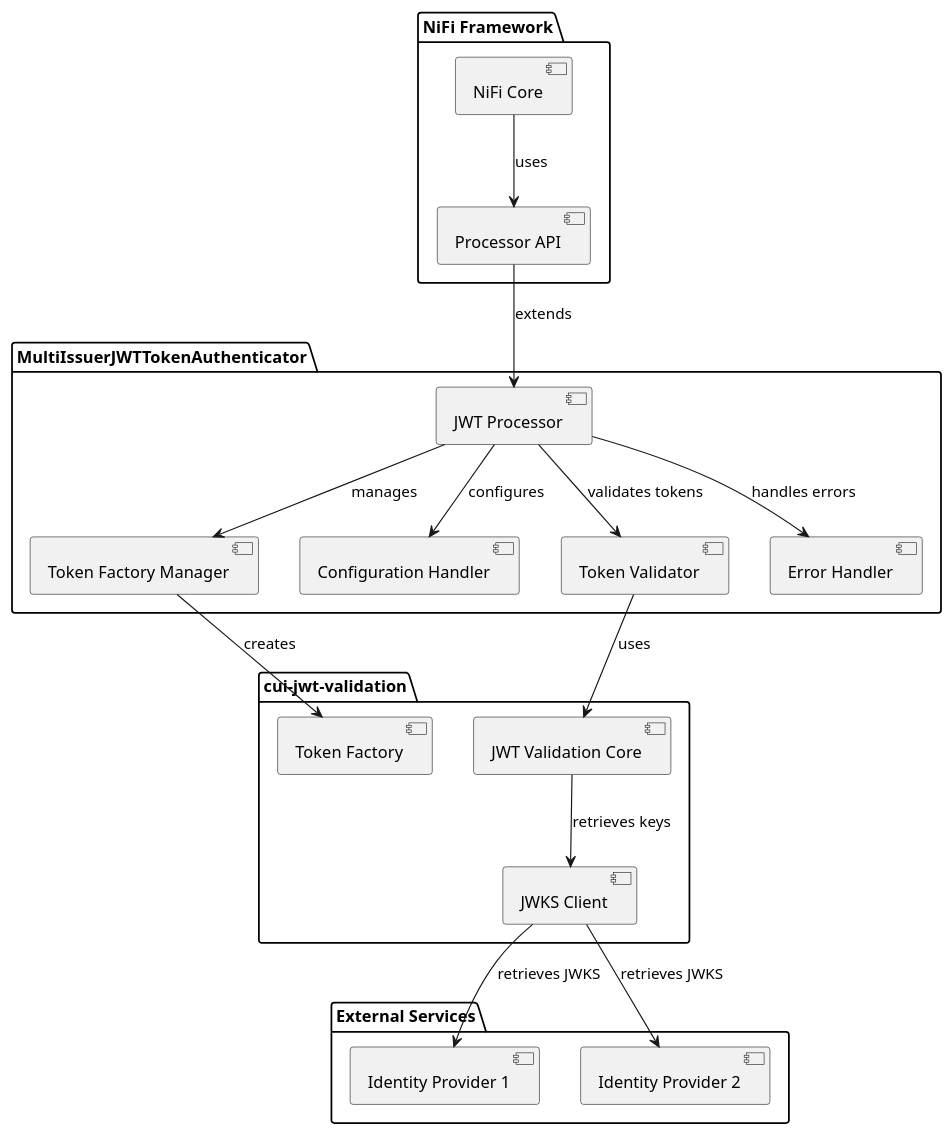
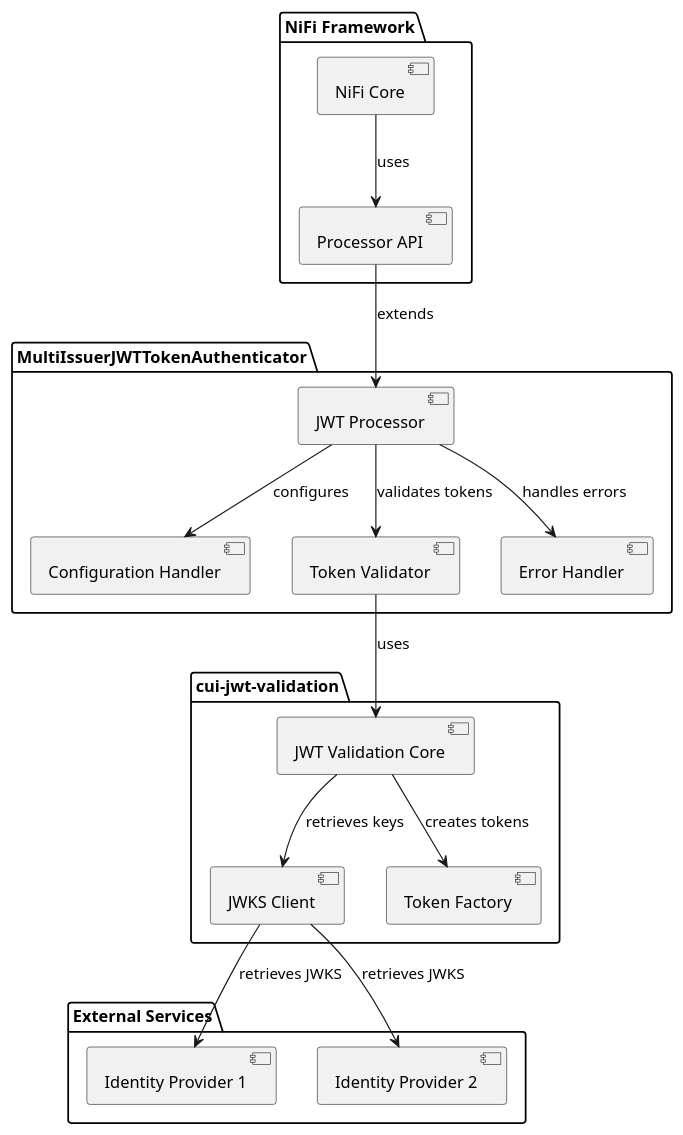
One commit to cuioss/nifi-extensions changed the diagram in doc/plantuml/architecture.puml. Above: the diagram before and after it, drawn with PlantUML. The commit also changed 4 other files, not shown here.

```diff
--- a/doc/plantuml/architecture.puml
+++ b/doc/plantuml/architecture.puml
@@ -1,40 +1,38 @@
 @startuml
 package "NiFi Framework" {
   [NiFi Core] as NiFiCore
   [Processor API] as ProcessorAPI
 }
 
 package "MultiIssuerJWTTokenAuthenticator" {
   [JWT Processor] as JWTProcessor
-  [Token Factory Manager] as TokenManager
   [Configuration Handler] as ConfigHandler
   [Token Validator] as TokenValidator
   [Error Handler] as ErrorHandler
 }
 
 package "cui-jwt-validation" {
   [JWT Validation Core] as ValidationCore
   [JWKS Client] as JWKSClient
   [Token Factory] as TokenFactory
 }
 
 package "External Services" {
   [Identity Provider 1] as IDP1
   [Identity Provider 2] as IDP2
 }
 
 NiFiCore --> ProcessorAPI : uses
 ProcessorAPI --> JWTProcessor : extends
 
 JWTProcessor --> ConfigHandler : configures
-JWTProcessor --> TokenManager : manages
+JWTProcessor --> TokenValidator : validates tokens
 JWTProcessor --> ErrorHandler : handles errors
-JWTProcessor --> TokenValidator : validates tokens
 
-TokenManager --> TokenFactory : creates
 TokenValidator --> ValidationCore : uses
 ValidationCore --> JWKSClient : retrieves keys
+ValidationCore --> TokenFactory : creates tokens
 
 JWKSClient --> IDP1 : retrieves JWKS
 JWKSClient --> IDP2 : retrieves JWKS
 @enduml
```
